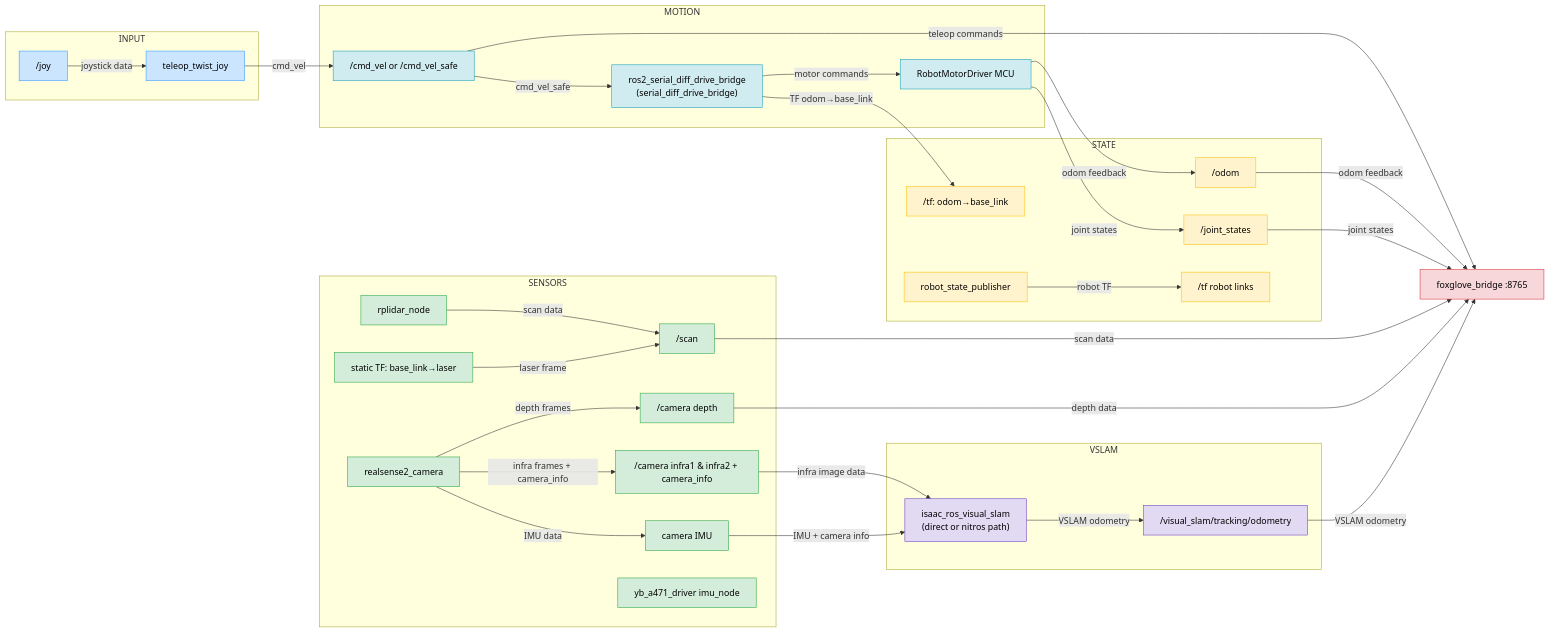
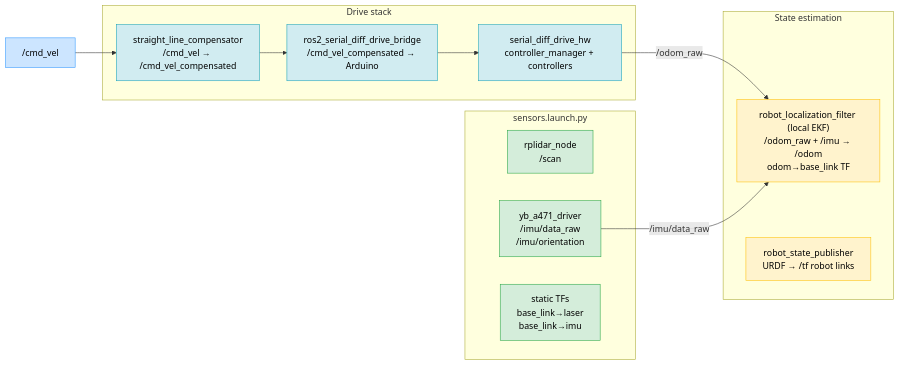
The first of 4 diagrams in scripts/ROS2_STACK_FLOW.md (NinjaGirlGmr/bluebot), drawn with Mermaid before and after one commit. The commit also changed other lines of this file and 2 other files, not shown here.

Commit message:
updated stack diagrams

````diff
--- a/scripts/ROS2_STACK_FLOW.md
+++ b/scripts/ROS2_STACK_FLOW.md
@@ -21,85 +28,30 @@
 ```mermaid
 flowchart LR
-%% ---------- STYLE DEFINITIONS ----------
 classDef input fill:#cce5ff,stroke:#3399ff,stroke-width:1px,color:#000;
 classDef motion fill:#d1ecf1,stroke:#17a2b8,stroke-width:1px,color:#000;
 classDef state fill:#fff3cd,stroke:#ffc107,stroke-width:1px,color:#000;
 classDef sensors fill:#d4edda,stroke:#28a745,stroke-width:1px,color:#000;
-classDef vslam fill:#e2d9f3,stroke:#6f42c1,stroke-width:1px,color:#000;
-classDef bridge fill:#f8d7da,stroke:#dc3545,stroke-width:1px,color:#000;
 
-%% ---------- INPUT ----------
-subgraph INPUT
-Joy["/joy"]:::input
-Teleop["teleop_twist_joy"]:::input
+subgraph SENSORS["sensors.launch.py"]
+  Lidar["rplidar_node\n/scan"]:::sensors
+  IMU["yb_a471_driver\n/imu/data_raw\n/imu/orientation"]:::sensors
+  TFsensor["static TFs\nbase_link→laser\nbase_link→imu"]:::sensors
 end
 
-%% ---------- MOTION / CONTROL ----------
-subgraph MOTION
-Cmd["/cmd_vel or /cmd_vel_safe"]:::motion
-SerialBridge["ros2_serial_diff_drive_bridge<br/>(serial_diff_drive_bridge)"]:::motion
-MCU["RobotMotorDriver MCU"]:::motion
+subgraph DRIVE["Drive stack"]
+  Comp["straight_line_compensator\n/cmd_vel → /cmd_vel_compensated"]:::motion
+  Bridge["ros2_serial_diff_drive_bridge\n/cmd_vel_compensated → Arduino"]:::motion
+  HW["serial_diff_drive_hw\ncontroller_manager + controllers"]:::motion
 end
 
-%% ---------- STATE ----------
-subgraph STATE
-Odom["/odom"]:::state
-Joints["/joint_states"]:::state
-TFodom["/tf: odom→base_link"]:::state
-RSP["robot_state_publisher"]:::state
-TFrobot["/tf robot links"]:::state
+subgraph STATE["State estimation"]
+  LocalEKF["robot_localization_filter (local EKF)\n/odom_raw + /imu → /odom\nodom→base_link TF"]:::state
+  RSP["robot_state_publisher\nURDF → /tf robot links"]:::state
 end
 
-%% ---------- SENSORS ----------
-subgraph SENSORS
-Lidar["rplidar_node"]:::sensors
-Scan["/scan"]:::sensors
-TfLaser["static TF: base_link→laser"]:::sensors
-RealSense["realsense2_camera"]:::sensors
-Depth["/camera depth"]:::sensors
-Infra["/camera infra1 & infra2 + camera_info"]:::sensors
-CamImu["camera IMU"]:::sensors
-ImuNode["yb_a471_driver imu_node"]:::sensors
-end
-
-%% ---------- VSLAM ----------
-subgraph VSLAM
-Vslam["isaac_ros_visual_slam<br/>(direct or nitros path)"]:::vslam
-VslamOdom["/visual_slam/tracking/odometry"]:::vslam
-end
-
-%% ---------- BRIDGE ----------
-Foxglove["foxglove_bridge :8765"]:::bridge
-
-%% ---------- DATA FLOW WITH LABELS ----------
-
-%% Input → Motion → Hardware
-Joy -->|joystick data| Teleop
-Teleop -->|cmd_vel| Cmd
-Cmd -->|cmd_vel_safe| SerialBridge
-SerialBridge -->|motor commands| MCU
-
-%% MCU → State feedback
-MCU -->|odom feedback| Odom
-MCU -->|joint states| Joints
-SerialBridge -->|TF odom→base_link| TFodom
-RSP -->|robot TF| TFrobot
-
-%% Sensors → VSLAM
-Lidar -->|scan data| Scan
-TfLaser -->|laser frame| Scan
-RealSense -->|depth frames| Depth
-RealSense -->|infra frames + camera_info| Infra
-RealSense -->|IMU data| CamImu
-Infra -->|infra image data| Vslam
-CamImu -->|IMU + camera info| Vslam
-Vslam -->|VSLAM odometry| VslamOdom
-
-%% Bridge connections
-Cmd -->|teleop commands| Foxglove
-Odom -->|odom feedback| Foxglove
-Joints -->|joint states| Foxglove
-Scan -->|scan data| Foxglove
-Depth -->|depth data| Foxglove
-VslamOdom -->|VSLAM odometry| Foxglove
+CmdIn["/cmd_vel"]:::input
+Comp --> Bridge --> HW
+HW -->|/odom_raw| LocalEKF
+IMU -->|/imu/data_raw| LocalEKF
+CmdIn --> Comp
 ```
````
